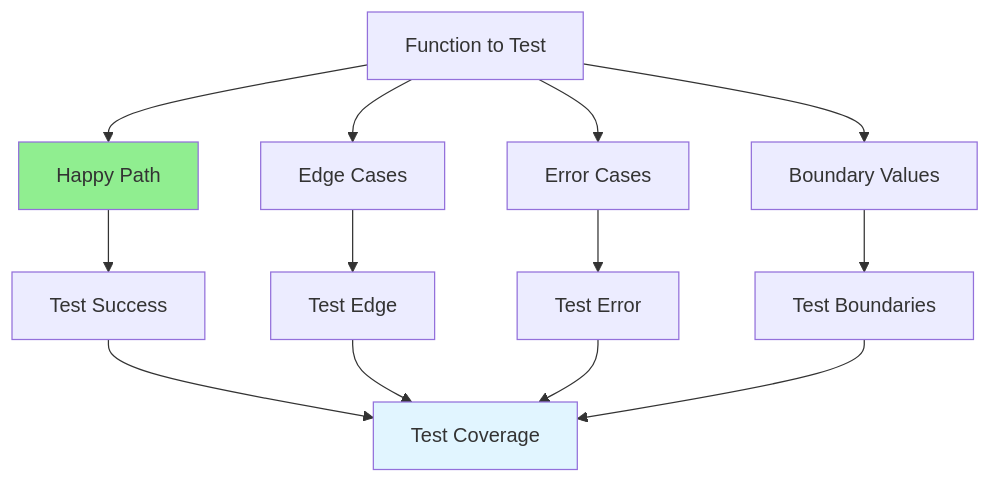
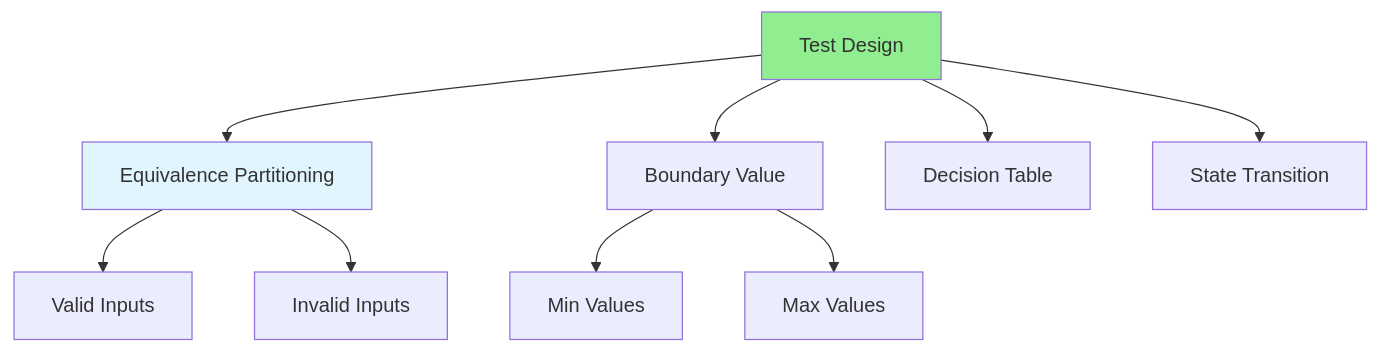
Before and after one commit to iouthnamain/tech-note: the diagram in Full-Stack-Guides/Group-07-Unit-Test-Debug/07.02_Test_Cases_Design.md, drawn with Mermaid. The commit also changed other lines of this file and 480 other files, not shown here.

````diff
--- a/Full-Stack-Guides/Group-07-Unit-Test-Debug/07.02_Test_Cases_Design.md
+++ b/Full-Stack-Guides/Group-07-Unit-Test-Debug/07.02_Test_Cases_Design.md
@@ -22,20 +22,15 @@
 ```mermaid
 graph TD
-    Function[Function to Test] --> Happy[Happy Path]
-    Function --> Edge[Edge Cases]
-    Function --> Error[Error Cases]
-    Function --> Boundary[Boundary Values]
+    Design[Test Design] --> Equivalence[Equivalence Partitioning]
+    Design --> Boundary[Boundary Value]
+    Design --> Decision[Decision Table]
+    Design --> State[State Transition]
     
-    Happy --> Test1[Test Success]
-    Edge --> Test2[Test Edge]
-    Error --> Test3[Test Error]
-    Boundary --> Test4[Test Boundaries]
+    Equivalence --> Valid[Valid Inputs]
+    Equivalence --> Invalid[Invalid Inputs]
+    Boundary --> Min[Min Values]
+    Boundary --> Max[Max Values]
     
-    Test1 --> Coverage[Test Coverage]
-    Test2 --> Coverage
-    Test3 --> Coverage
-    Test4 --> Coverage
-    
-    style Happy fill:#90EE90
-    style Coverage fill:#e1f5ff
+    style Design fill:#90EE90
+    style Equivalence fill:#e1f5ff
 ```
````
